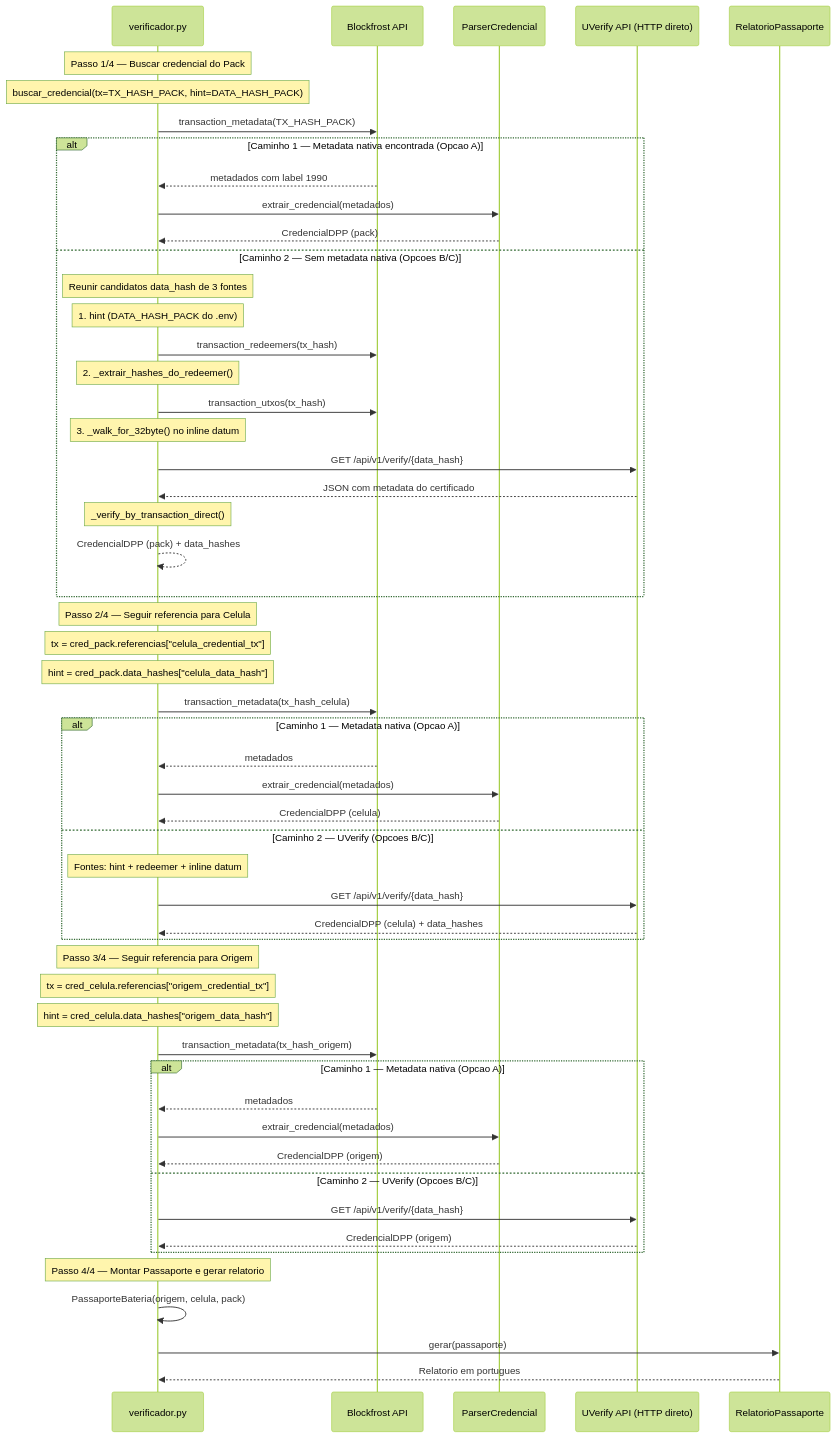
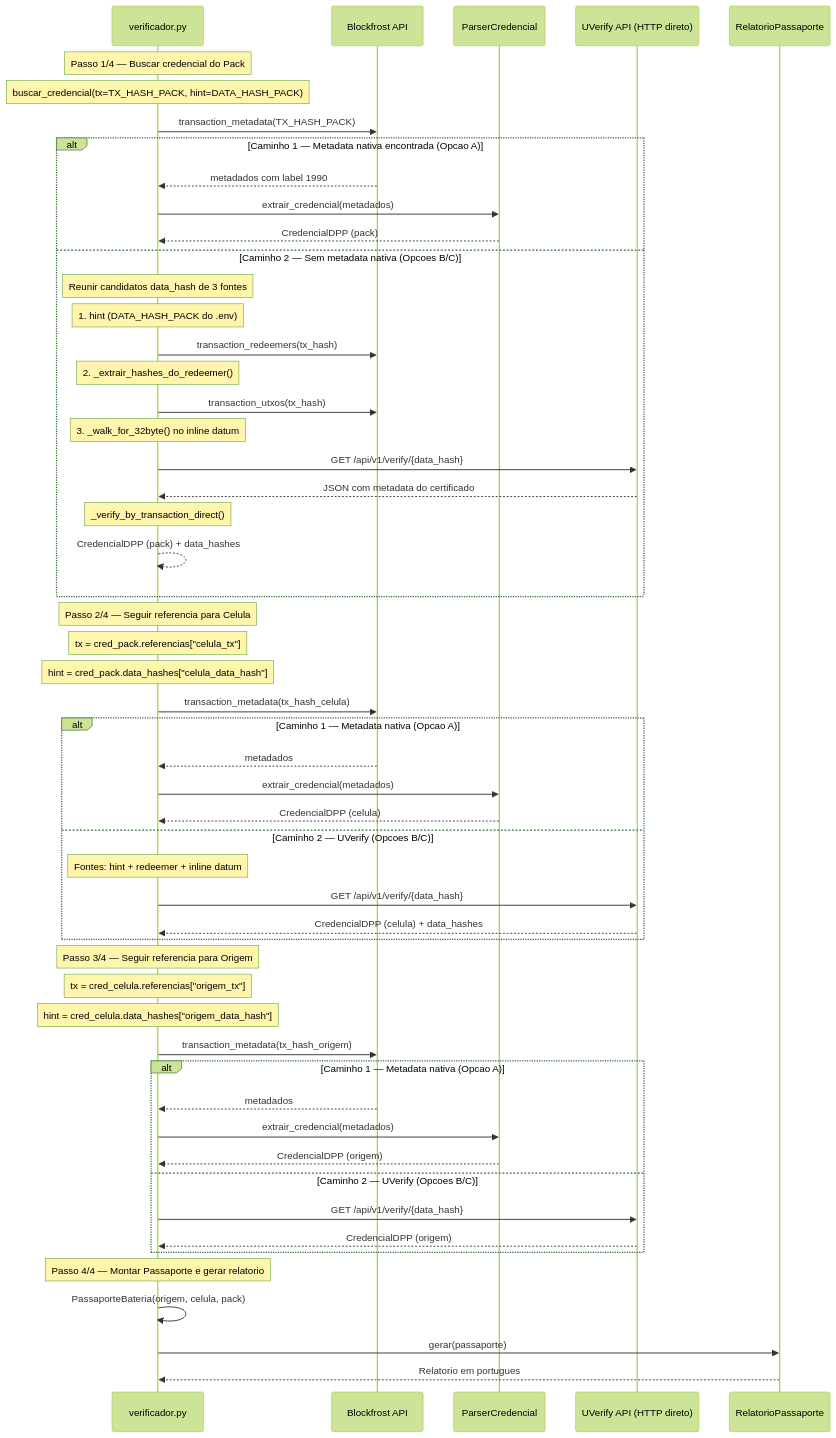
One commit to darlisagc/cardano-battery-passport changed the fourth of 5 diagrams in arquitetura-dpp.md. Above: the diagram before and after it, drawn with Mermaid (forest theme). The commit also changed other lines of this file and 22 other files, not shown here.

````diff
--- a/arquitetura-dpp.md
+++ b/arquitetura-dpp.md
@@ -279,60 +279,60 @@
 ```mermaid
 sequenceDiagram
     participant V as verificador.py
     participant BF as Blockfrost API
     participant PC as ParserCredencial
     participant UV as UVerify API (HTTP direto)
     participant R as RelatorioPassaporte
 
     Note over V: Passo 1/4 — Buscar credencial do Pack
     Note over V: buscar_credencial(tx=TX_HASH_PACK, hint=DATA_HASH_PACK)
     V->>BF: transaction_metadata(TX_HASH_PACK)
     alt Caminho 1 — Metadata nativa encontrada (Opcao A)
         BF-->>V: metadados com label 1990
         V->>PC: extrair_credencial(metadados)
         PC-->>V: CredencialDPP (pack)
     else Caminho 2 — Sem metadata nativa (Opcoes B/C)
         Note over V: Reunir candidatos data_hash de 3 fontes
         Note over V: 1. hint (DATA_HASH_PACK do .env)
         V->>BF: transaction_redeemers(tx_hash)
         Note over V: 2. _extrair_hashes_do_redeemer()
         V->>BF: transaction_utxos(tx_hash)
         Note over V: 3. _walk_for_32byte() no inline datum
         V->>UV: GET /api/v1/verify/{data_hash}
         UV-->>V: JSON com metadata do certificado
         Note over V: _verify_by_transaction_direct()
         V-->>V: CredencialDPP (pack) + data_hashes
     end
 
     Note over V: Passo 2/4 — Seguir referencia para Celula
-    Note over V: tx = cred_pack.referencias["celula_credential_tx"]
+    Note over V: tx = cred_pack.referencias["celula_tx"]
     Note over V: hint = cred_pack.data_hashes["celula_data_hash"]
     V->>BF: transaction_metadata(tx_hash_celula)
     alt Caminho 1 — Metadata nativa (Opcao A)
         BF-->>V: metadados
         V->>PC: extrair_credencial(metadados)
         PC-->>V: CredencialDPP (celula)
     else Caminho 2 — UVerify (Opcoes B/C)
         Note over V: Fontes: hint + redeemer + inline datum
         V->>UV: GET /api/v1/verify/{data_hash}
         UV-->>V: CredencialDPP (celula) + data_hashes
     end
 
     Note over V: Passo 3/4 — Seguir referencia para Origem
-    Note over V: tx = cred_celula.referencias["origem_credential_tx"]
+    Note over V: tx = cred_celula.referencias["origem_tx"]
     Note over V: hint = cred_celula.data_hashes["origem_data_hash"]
     V->>BF: transaction_metadata(tx_hash_origem)
     alt Caminho 1 — Metadata nativa (Opcao A)
         BF-->>V: metadados
         V->>PC: extrair_credencial(metadados)
         PC-->>V: CredencialDPP (origem)
     else Caminho 2 — UVerify (Opcoes B/C)
         V->>UV: GET /api/v1/verify/{data_hash}
         UV-->>V: CredencialDPP (origem)
     end
 
     Note over V: Passo 4/4 — Montar Passaporte e gerar relatorio
     V->>V: PassaporteBateria(origem, celula, pack)
     V->>R: gerar(passaporte)
     R-->>V: Relatorio em portugues
 ```
````
